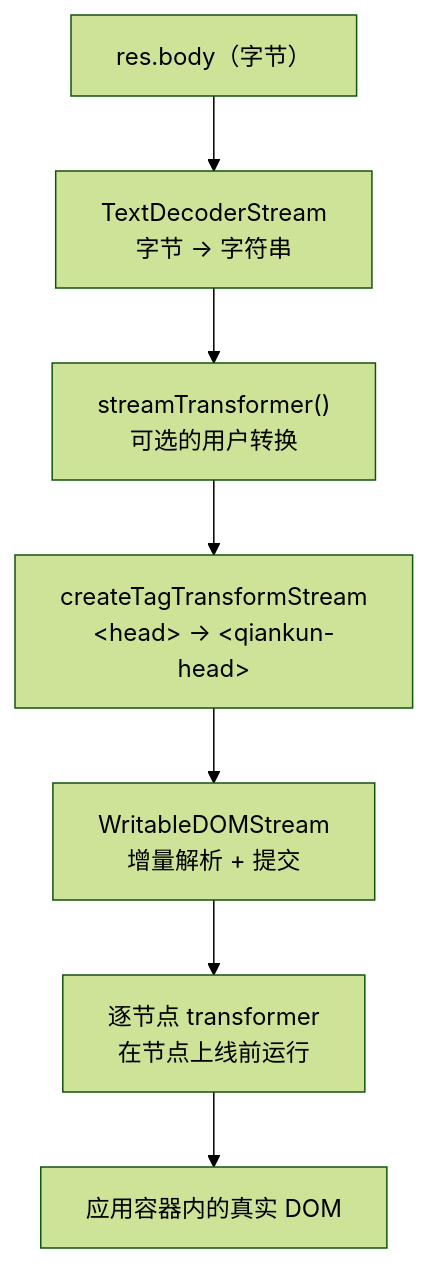
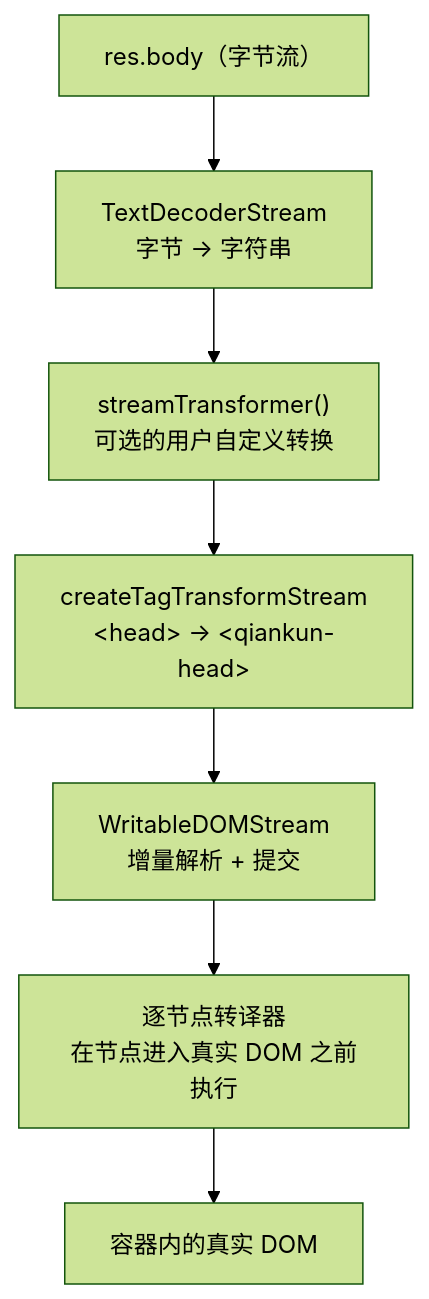
Before and after one commit to umijs/qiankun: the diagram in docs/zh-CN/concepts/html-entry-loading.md, drawn with Mermaid (forest theme). The commit also changed other lines of this file and 63 other files, not shown here.

````diff
--- a/docs/zh-CN/concepts/html-entry-loading.md
+++ b/docs/zh-CN/concepts/html-entry-loading.md
@@ -30,9 +48,9 @@
 ```mermaid
 flowchart TD
-  A["res.body（字节）"] --> B["TextDecoderStream<br/>字节 → 字符串"]
-  B --> C["streamTransformer()<br/>可选的用户转换"]
+  A["res.body（字节流）"] --> B["TextDecoderStream<br/>字节 → 字符串"]
+  B --> C["streamTransformer()<br/>可选的用户自定义转换"]
   C --> D["createTagTransformStream<br/>&lt;head&gt; → &lt;qiankun-head&gt;"]
   D --> E["WritableDOMStream<br/>增量解析 + 提交"]
-  E --> F["逐节点 transformer<br/>在节点上线前运行"]
-  F --> G["应用容器内的真实 DOM"]
+  E --> F["逐节点转译器<br/>在节点进入真实 DOM 之前执行"]
+  F --> G["容器内的真实 DOM"]
 ```
````
